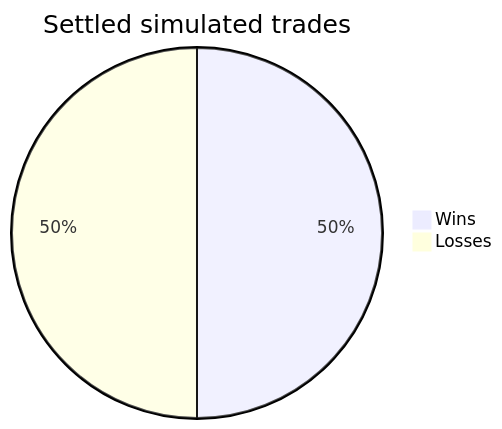
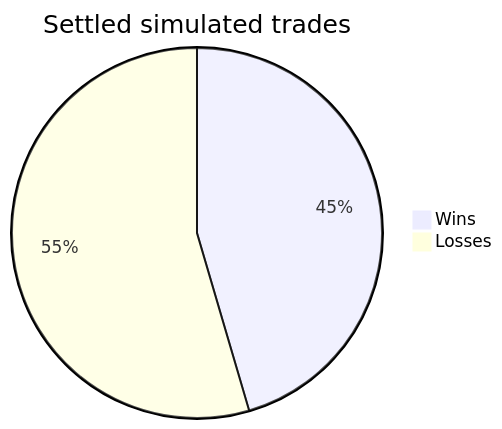
The diagram in docs/bots/cross_asset_momentum.md (cheeseonamonkey/PaperLab), drawn with Mermaid before and after one commit. The commit also changed other lines of this file and 34 other files, not shown here.

````diff
--- a/docs/bots/cross_asset_momentum.md
+++ b/docs/bots/cross_asset_momentum.md
@@ -22,5 +22,5 @@
 ```mermaid
 pie title Settled simulated trades
-    "Wins" : 4
-    "Losses" : 4
+    "Wins" : 5
+    "Losses" : 6
 ```
````
